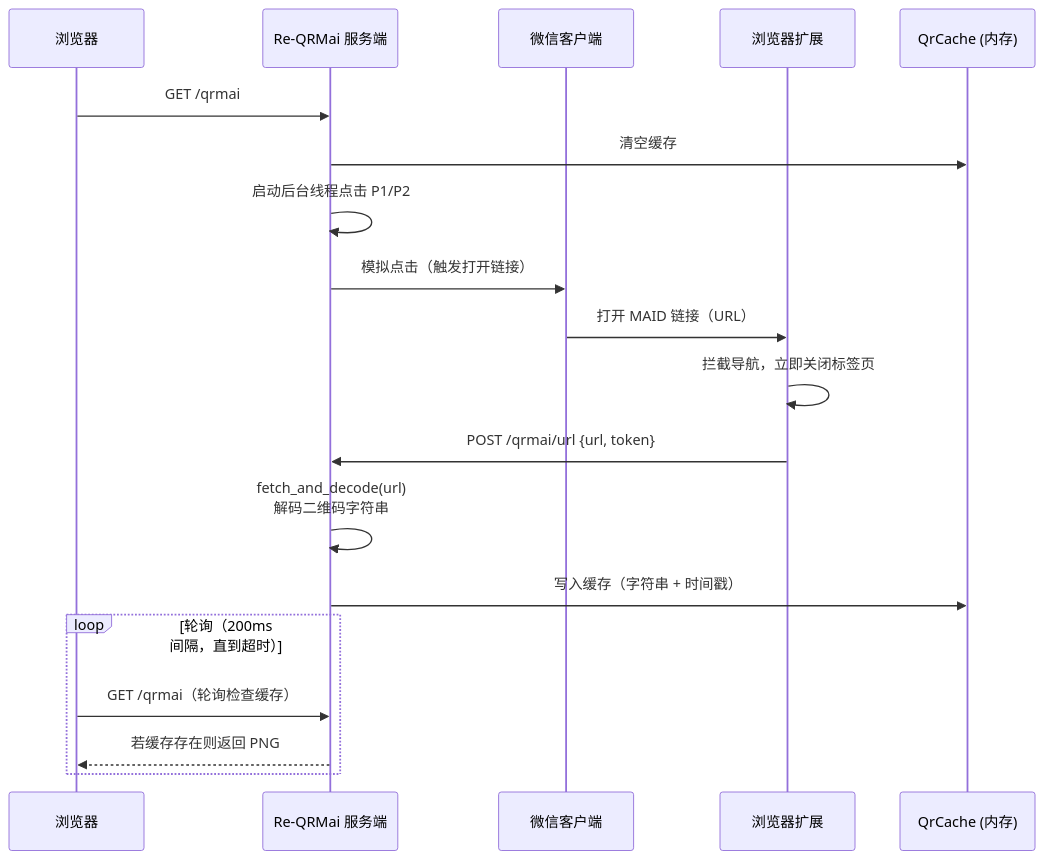
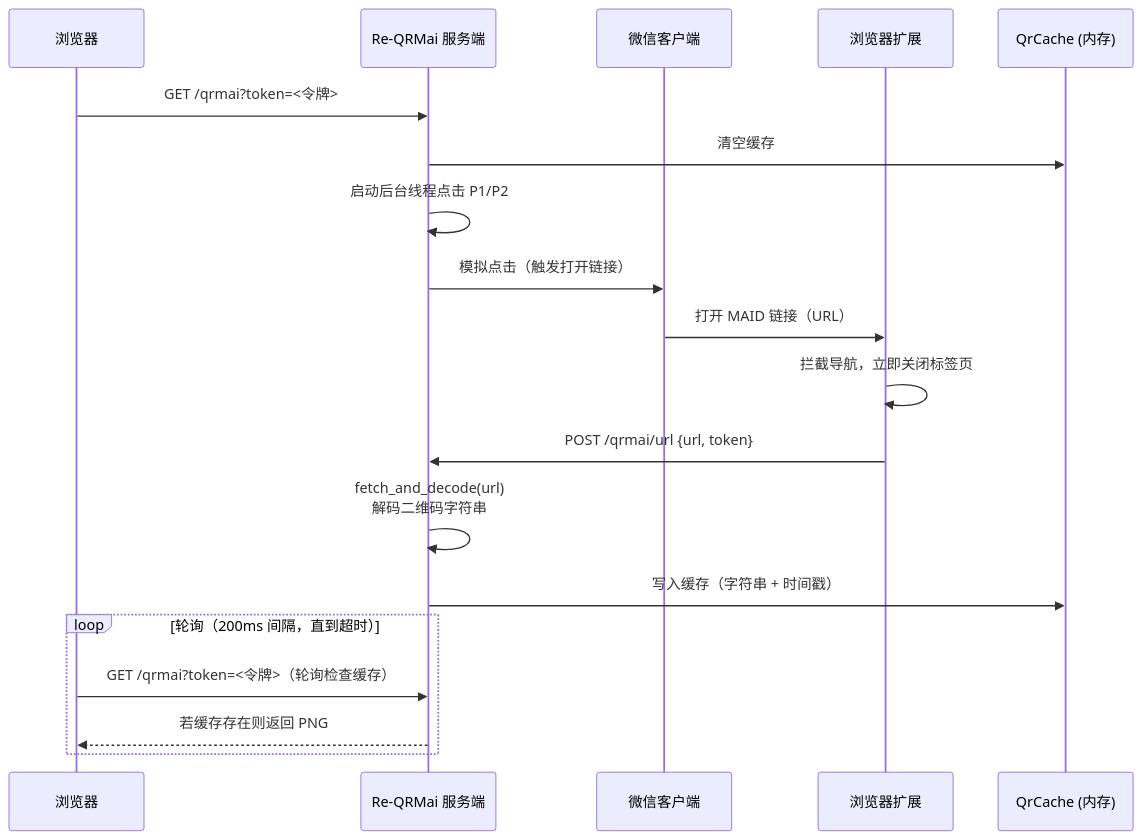
One commit to naroxeno/Re-QRMai changed the second of 2 diagrams in README.md. Above: the diagram before and after it, drawn with Mermaid. The commit also changed other lines of this file and 8 other files, not shown here.

````diff
--- a/README.md
+++ b/README.md
@@ -117,22 +117,22 @@
 ```mermaid
 sequenceDiagram
     participant Browser as 浏览器
     participant Server as Re-QRMai 服务端
     participant Wechat as 微信客户端
     participant Ext as 浏览器扩展
     participant Cache as QrCache (内存)
 
-    Browser->>Server: GET /qrmai
+    Browser->>Server: GET /qrmai?token=<令牌>
     Server->>Cache: 清空缓存
     Server->>Server: 启动后台线程点击 P1/P2
     Server->>Wechat: 模拟点击（触发打开链接）
     Wechat->>Ext: 打开 MAID 链接（URL）
     Ext->>Ext: 拦截导航，立即关闭标签页
     Ext->>Server: POST /qrmai/url {url, token}
     Server->>Server: fetch_and_decode(url)<br>解码二维码字符串
     Server->>Cache: 写入缓存（字符串 + 时间戳）
     loop 轮询（200ms 间隔，直到超时）
-        Browser->>Server: GET /qrmai（轮询检查缓存）
+        Browser->>Server: GET /qrmai?token=<令牌>（轮询检查缓存）
         Server-->>Browser: 若缓存存在则返回 PNG
     end
 ```
````
